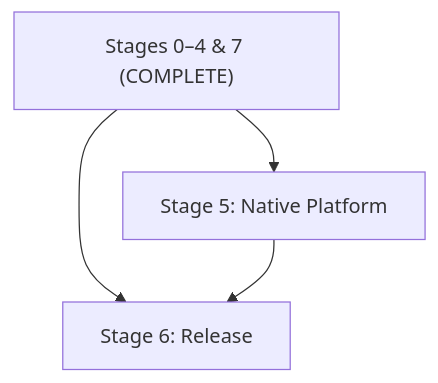
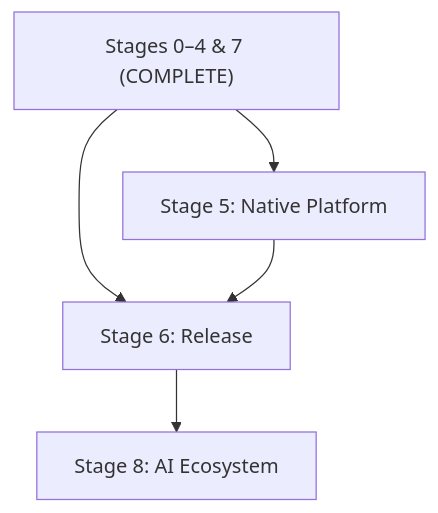
Before and after one commit to KellyDev-Tools/TOS-Desktop-Environment: the diagram in TOS_Beta-0_Roadmap.md, drawn with Mermaid. The commit also changed other lines of this file and 4 other files, not shown here.

````diff
--- a/TOS_Beta-0_Roadmap.md
+++ b/TOS_Beta-0_Roadmap.md
@@ -408,6 +423,7 @@
 ```mermaid
 graph TD
     COMPLETED["Stages 0–4 & 7 (COMPLETE)"] --> S5["Stage 5: Native Platform"]
     COMPLETED --> S6["Stage 6: Release"]
     S5 --> S6
+    S6 --> S8["Stage 8: AI Ecosystem"]
 ```
````
